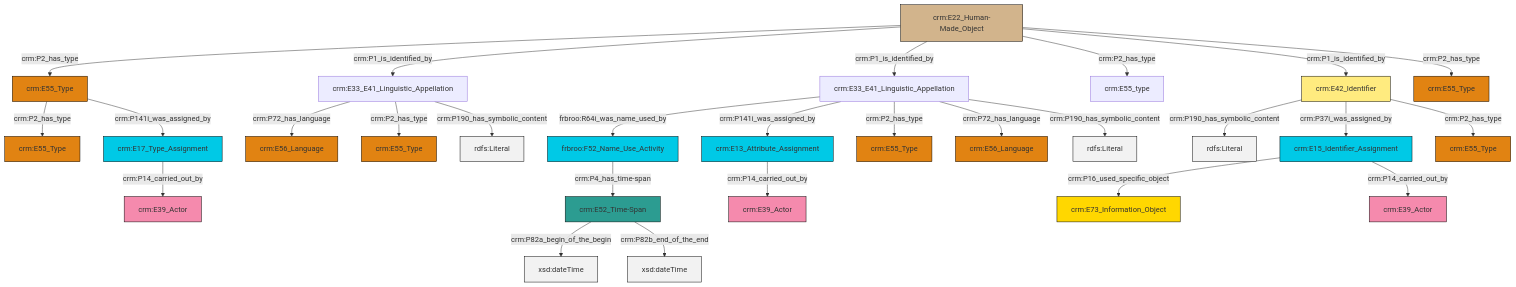
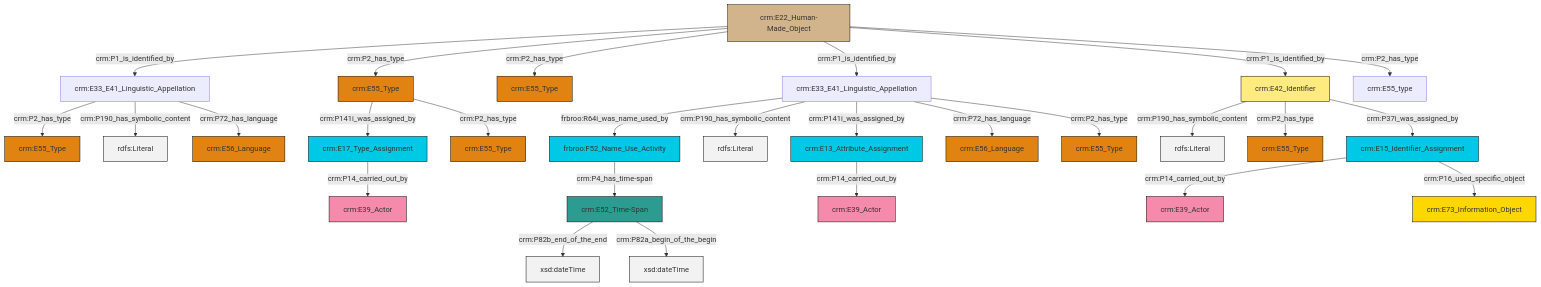
The diagram in et/builtWorkCSV/ttl/mmd/Built_Work_Names.ttl.mmd (swiss-art-research-net/docs.swissartresearch), drawn with Mermaid before and after one commit. The commit also changed 180 other files, not shown here.

```diff
--- a/et/builtWorkCSV/ttl/mmd/Built_Work_Names.ttl.mmd
+++ b/et/builtWorkCSV/ttl/mmd/Built_Work_Names.ttl.mmd
@@ -1,41 +1,41 @@
 graph TD
 classDef Literal fill:#f2f2f2,stroke:#000000;
 classDef CRM_Entity fill:#FFFFFF,stroke:#000000;
 classDef Temporal_Entity fill:#00C9E6, stroke:#000000;
 classDef Type fill:#E18312, stroke:#000000;
 classDef Time-Span fill:#2C9C91, stroke:#000000;
 classDef Appellation fill:#FFEB7F, stroke:#000000;
 classDef Place fill:#008836, stroke:#000000;
 classDef Persistent_Item fill:#B266B2, stroke:#000000;
 classDef Conceptual_Object fill:#FFD700, stroke:#000000;
 classDef Physical_Thing fill:#D2B48C, stroke:#000000;
 classDef Actor fill:#f58aad, stroke:#000000;
 classDef PC_Classes fill:#4ce600, stroke:#000000;
 classDef Multi fill:#cccccc,stroke:#000000;
 
-0["crm:E33_E41_Linguistic_Appellation"]:::Default -->|frbroo:R64i_was_name_used_by| 1["frbroo:F52_Name_Use_Activity"]:::Temporal_Entity
-2["crm:E22_Human-Made_Object"]:::Physical_Thing -->|crm:P2_has_type| 3["crm:E55_Type"]:::Type
-4["crm:E33_E41_Linguistic_Appellation"]:::Default -->|crm:P72_has_language| 5["crm:E56_Language"]:::Type
-2["crm:E22_Human-Made_Object"]:::Physical_Thing -->|crm:P1_is_identified_by| 4["crm:E33_E41_Linguistic_Appellation"]:::Default
-16["crm:E42_Identifier"]:::Appellation -->|crm:P190_has_symbolic_content| 17[rdfs:Literal]:::Literal
-26["crm:E52_Time-Span"]:::Time-Span -->|crm:P82a_begin_of_the_begin| 27[xsd:dateTime]:::Literal
-20["crm:E17_Type_Assignment"]:::Temporal_Entity -->|crm:P14_carried_out_by| 28["crm:E39_Actor"]:::Actor
-1["frbroo:F52_Name_Use_Activity"]:::Temporal_Entity -->|crm:P4_has_time-span| 26["crm:E52_Time-Span"]:::Time-Span
-3["crm:E55_Type"]:::Type -->|crm:P2_has_type| 29["crm:E55_Type"]:::Type
-16["crm:E42_Identifier"]:::Appellation -->|crm:P37i_was_assigned_by| 33["crm:E15_Identifier_Assignment"]:::Temporal_Entity
-0["crm:E33_E41_Linguistic_Appellation"]:::Default -->|crm:P141i_was_assigned_by| 10["crm:E13_Attribute_Assignment"]:::Temporal_Entity
-33["crm:E15_Identifier_Assignment"]:::Temporal_Entity -->|crm:P16_used_specific_object| 35["crm:E73_Information_Object"]:::Conceptual_Object
-26["crm:E52_Time-Span"]:::Time-Span -->|crm:P82b_end_of_the_end| 36[xsd:dateTime]:::Literal
-2["crm:E22_Human-Made_Object"]:::Physical_Thing -->|crm:P1_is_identified_by| 0["crm:E33_E41_Linguistic_Appellation"]:::Default
-2["crm:E22_Human-Made_Object"]:::Physical_Thing -->|crm:P2_has_type| 38["crm:E55_type"]:::Default
-0["crm:E33_E41_Linguistic_Appellation"]:::Default -->|crm:P2_has_type| 14["crm:E55_Type"]:::Type
-2["crm:E22_Human-Made_Object"]:::Physical_Thing -->|crm:P1_is_identified_by| 16["crm:E42_Identifier"]:::Appellation
-16["crm:E42_Identifier"]:::Appellation -->|crm:P2_has_type| 30["crm:E55_Type"]:::Type
-4["crm:E33_E41_Linguistic_Appellation"]:::Default -->|crm:P2_has_type| 18["crm:E55_Type"]:::Type
-0["crm:E33_E41_Linguistic_Appellation"]:::Default -->|crm:P72_has_language| 23["crm:E56_Language"]:::Type
-10["crm:E13_Attribute_Assignment"]:::Temporal_Entity -->|crm:P14_carried_out_by| 8["crm:E39_Actor"]:::Actor
-0["crm:E33_E41_Linguistic_Appellation"]:::Default -->|crm:P190_has_symbolic_content| 47[rdfs:Literal]:::Literal
-2["crm:E22_Human-Made_Object"]:::Physical_Thing -->|crm:P2_has_type| 12["crm:E55_Type"]:::Type
-3["crm:E55_Type"]:::Type -->|crm:P141i_was_assigned_by| 20["crm:E17_Type_Assignment"]:::Temporal_Entity
-4["crm:E33_E41_Linguistic_Appellation"]:::Default -->|crm:P190_has_symbolic_content| 49[rdfs:Literal]:::Literal
-33["crm:E15_Identifier_Assignment"]:::Temporal_Entity -->|crm:P14_carried_out_by| 6["crm:E39_Actor"]:::Actor
+4["crm:E33_E41_Linguistic_Appellation"]:::Default -->|frbroo:R64i_was_name_used_by| 5["frbroo:F52_Name_Use_Activity"]:::Temporal_Entity
+0["crm:E42_Identifier"]:::Appellation -->|crm:P190_has_symbolic_content| 12[rdfs:Literal]:::Literal
+4["crm:E33_E41_Linguistic_Appellation"]:::Default -->|crm:P190_has_symbolic_content| 13[rdfs:Literal]:::Literal
+14["crm:E33_E41_Linguistic_Appellation"]:::Default -->|crm:P2_has_type| 6["crm:E55_Type"]:::Type
+15["crm:E13_Attribute_Assignment"]:::Temporal_Entity -->|crm:P14_carried_out_by| 16["crm:E39_Actor"]:::Actor
+0["crm:E42_Identifier"]:::Appellation -->|crm:P2_has_type| 17["crm:E55_Type"]:::Type
+20["crm:E55_Type"]:::Type -->|crm:P141i_was_assigned_by| 25["crm:E17_Type_Assignment"]:::Temporal_Entity
+8["crm:E22_Human-Made_Object"]:::Physical_Thing -->|crm:P1_is_identified_by| 14["crm:E33_E41_Linguistic_Appellation"]:::Default
+8["crm:E22_Human-Made_Object"]:::Physical_Thing -->|crm:P2_has_type| 20["crm:E55_Type"]:::Type
+4["crm:E33_E41_Linguistic_Appellation"]:::Default -->|crm:P141i_was_assigned_by| 15["crm:E13_Attribute_Assignment"]:::Temporal_Entity
+4["crm:E33_E41_Linguistic_Appellation"]:::Default -->|crm:P72_has_language| 27["crm:E56_Language"]:::Type
+29["crm:E52_Time-Span"]:::Time-Span -->|crm:P82b_end_of_the_end| 30[xsd:dateTime]:::Literal
+31["crm:E15_Identifier_Assignment"]:::Temporal_Entity -->|crm:P14_carried_out_by| 32["crm:E39_Actor"]:::Actor
+8["crm:E22_Human-Made_Object"]:::Physical_Thing -->|crm:P2_has_type| 33["crm:E55_Type"]:::Type
+4["crm:E33_E41_Linguistic_Appellation"]:::Default -->|crm:P2_has_type| 34["crm:E55_Type"]:::Type
+29["crm:E52_Time-Span"]:::Time-Span -->|crm:P82a_begin_of_the_begin| 35[xsd:dateTime]:::Literal
+8["crm:E22_Human-Made_Object"]:::Physical_Thing -->|crm:P1_is_identified_by| 4["crm:E33_E41_Linguistic_Appellation"]:::Default
+25["crm:E17_Type_Assignment"]:::Temporal_Entity -->|crm:P14_carried_out_by| 41["crm:E39_Actor"]:::Actor
+8["crm:E22_Human-Made_Object"]:::Physical_Thing -->|crm:P1_is_identified_by| 0["crm:E42_Identifier"]:::Appellation
+31["crm:E15_Identifier_Assignment"]:::Temporal_Entity -->|crm:P16_used_specific_object| 22["crm:E73_Information_Object"]:::Conceptual_Object
+0["crm:E42_Identifier"]:::Appellation -->|crm:P37i_was_assigned_by| 31["crm:E15_Identifier_Assignment"]:::Temporal_Entity
+5["frbroo:F52_Name_Use_Activity"]:::Temporal_Entity -->|crm:P4_has_time-span| 29["crm:E52_Time-Span"]:::Time-Span
+14["crm:E33_E41_Linguistic_Appellation"]:::Default -->|crm:P190_has_symbolic_content| 48[rdfs:Literal]:::Literal
+14["crm:E33_E41_Linguistic_Appellation"]:::Default -->|crm:P72_has_language| 18["crm:E56_Language"]:::Type
+8["crm:E22_Human-Made_Object"]:::Physical_Thing -->|crm:P2_has_type| 2["crm:E55_type"]:::Default
+20["crm:E55_Type"]:::Type -->|crm:P2_has_type| 10["crm:E55_Type"]:::Type
```
